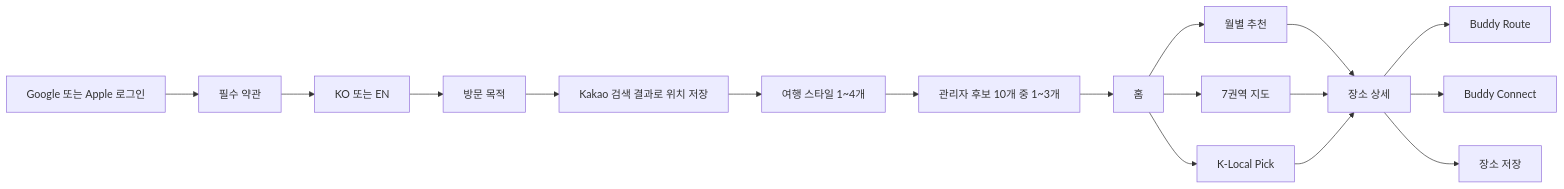
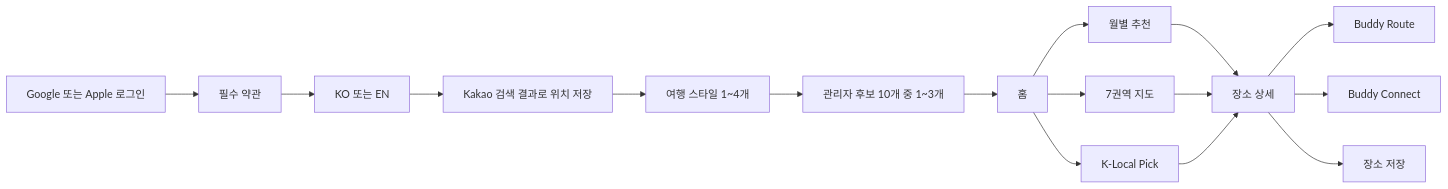
Before and after one commit to ppp1969/koready-backend: the diagram in docs/koready-backend-design/12_PM_IMPLEMENTATION_APPROVAL.md, drawn with Mermaid. The commit also changed other lines of this file and 13 other files, not shown here.

````diff
--- a/docs/koready-backend-design/12_PM_IMPLEMENTATION_APPROVAL.md
+++ b/docs/koready-backend-design/12_PM_IMPLEMENTATION_APPROVAL.md
@@ -166,19 +172,18 @@
 ```mermaid
 flowchart LR
     A[Google 또는 Apple 로그인] --> B[필수 약관]
     B --> C[KO 또는 EN]
-    C --> D[방문 목적]
-    D --> E[Kakao 검색 결과로 위치 저장]
+    C --> E[Kakao 검색 결과로 위치 저장]
     E --> F[여행 스타일 1~4개]
     F --> G[관리자 후보 10개 중 1~3개]
     G --> H[홈]
     H --> I[월별 추천]
     H --> J[7권역 지도]
     H --> K[K-Local Pick]
     I --> L[장소 상세]
     J --> L
     K --> L
     L --> M[Buddy Route]
     L --> N[Buddy Connect]
     L --> O[장소 저장]
 ```
````
